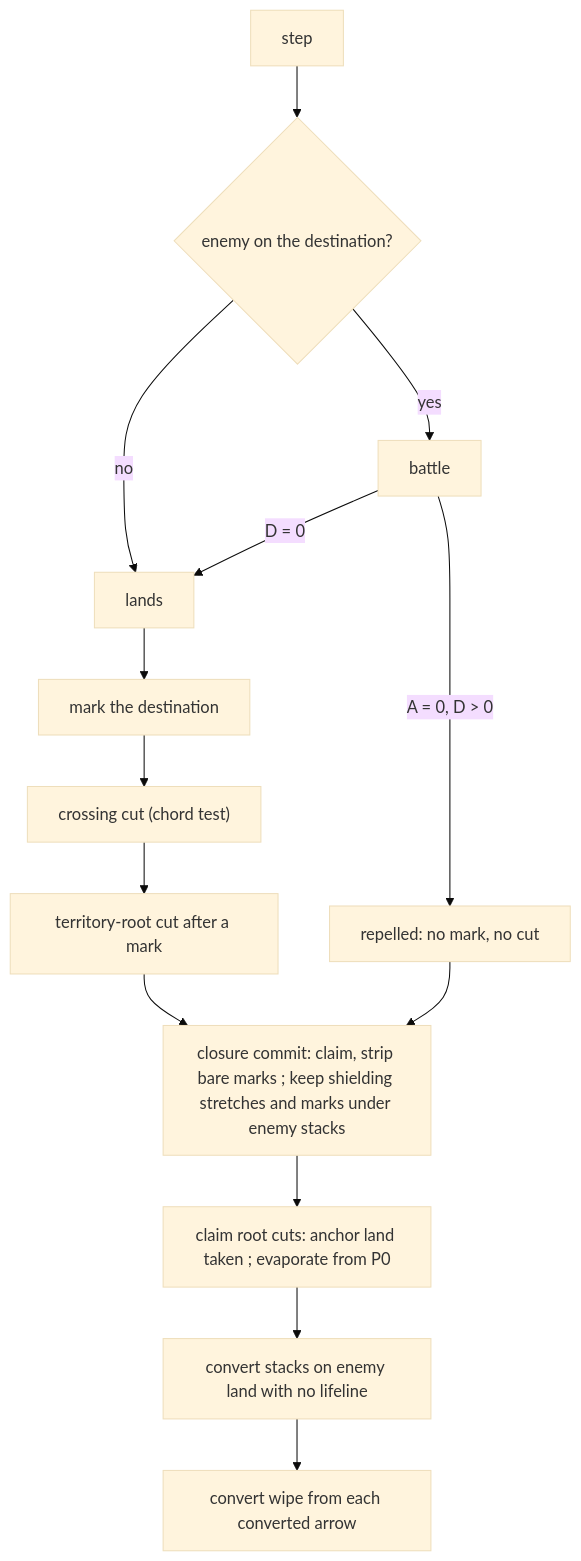
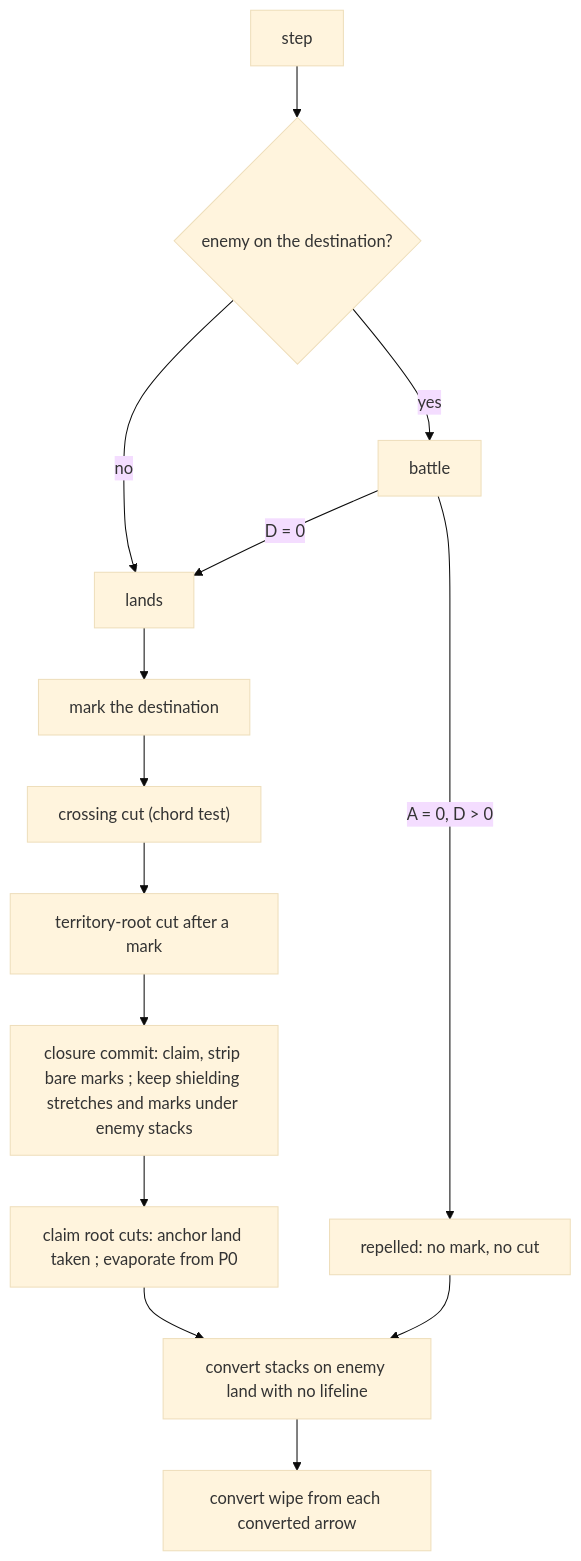
The diagram in docs/spec/spec-alignment/spec-alignment.md (hochgi/conquarrow), drawn with Mermaid (base theme) before and after one commit. The commit also changed other lines of this file and 4 other files, not shown here.

````diff
--- a/docs/spec/spec-alignment/spec-alignment.md
+++ b/docs/spec/spec-alignment/spec-alignment.md
@@ -115,16 +120,16 @@
 ```mermaid
 flowchart TD
   S["step"] --> C{"enemy on the destination?"}
   C -- no --> L["lands"]
   C -- yes --> B["battle"]
   B -- "D = 0" --> L
   B -- "A = 0, D > 0" --> R["repelled: no mark, no cut"]
   L --> M["mark the destination"]
   M --> X["crossing cut (chord test)"]
   X --> T["territory-root cut after a mark"]
   T --> K["closure commit: claim, strip bare marks #59; keep shielding stretches and marks under enemy stacks"]
-  R --> K
+  R --> V
   K --> Q["claim root cuts: anchor land taken #59; evaporate from P0"]
   Q --> V["convert stacks on enemy land with no lifeline"]
   V --> W["convert wipe from each converted arrow"]
 ```
````
